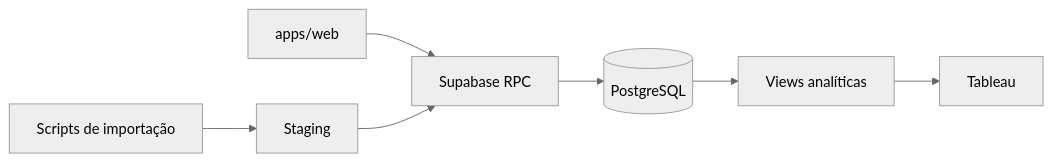
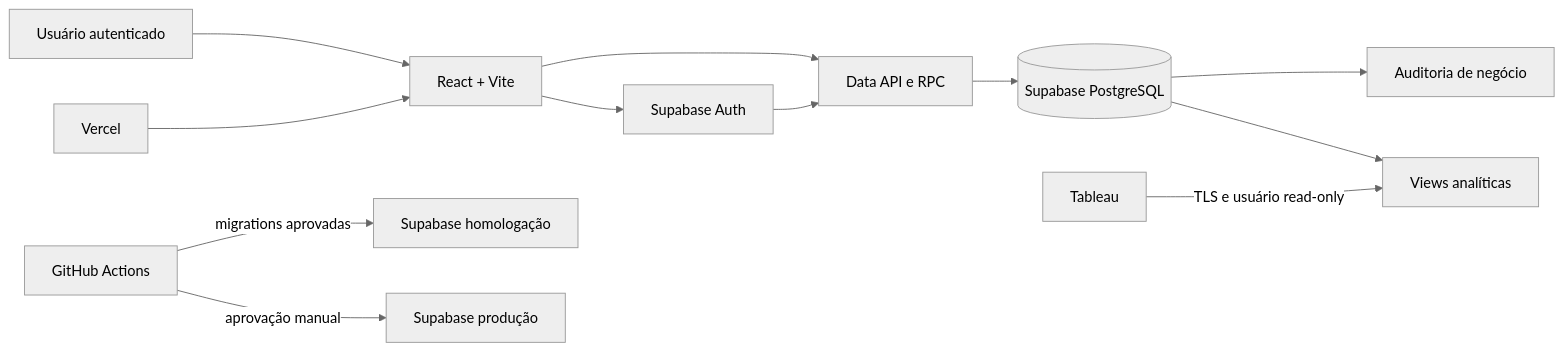
One commit to igorjesus-coder/projeto-ltc-m changed the diagram in docs/architecture.md. Above: the diagram before and after it, drawn with Mermaid (neutral theme). The commit also changed other lines of this file and 3 other files, not shown here.

Commit message:
docs: define base architecture for LTC-M platform

````diff
--- a/docs/architecture.md
+++ b/docs/architecture.md
@@ -21,9 +31,14 @@
 ```mermaid
 flowchart LR
-  WEB[apps/web] --> RPC[Supabase RPC]
-  RPC --> DB[(PostgreSQL)]
-  DB --> VIEWS[Views analíticas]
-  VIEWS --> TABLEAU[Tableau]
-  IMPORT[Scripts de importação] --> STAGING[Staging]
-  STAGING --> RPC
+  USER[Usuário autenticado] --> WEB[React + Vite]
+  WEB --> AUTH[Supabase Auth]
+  WEB --> API[Data API e RPC]
+  AUTH --> API
+  API --> DB[(Supabase PostgreSQL)]
+  DB --> AUDIT[Auditoria de negócio]
+  DB --> ANALYTICS[Views analíticas]
+  TABLEAU[Tableau] -->|TLS e usuário read-only| ANALYTICS
+  CI[GitHub Actions] -->|migrations aprovadas| STG[Supabase homologação]
+  CI -->|aprovação manual| PROD[Supabase produção]
+  VERCEL[Vercel] --> WEB
 ```
````
